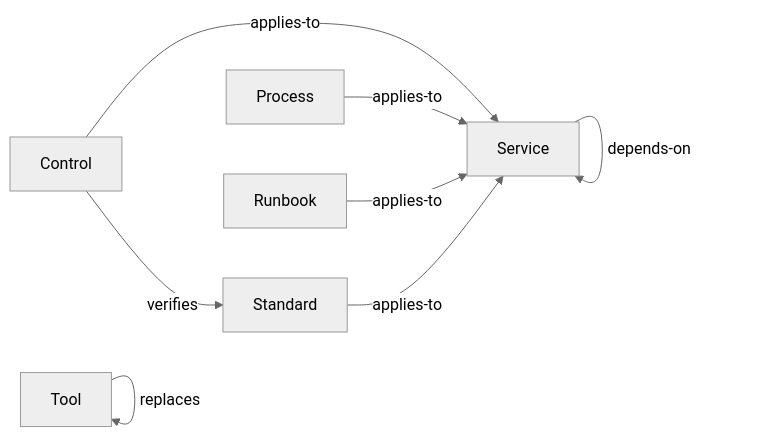
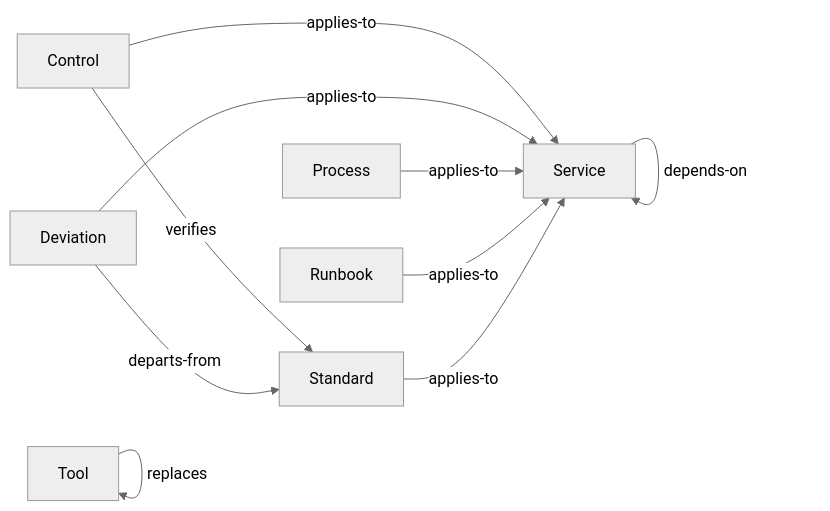
One commit to paul80nd/knowledge-as-code changed the diagram in examples/dog-fooding/knowledge-as-code/taxonomy.md. Above: the diagram before and after it, drawn with Mermaid (neutral theme). The commit also changed other lines of this file and 28 other files, not shown here.

````diff
--- a/examples/dog-fooding/knowledge-as-code/taxonomy.md
+++ b/examples/dog-fooding/knowledge-as-code/taxonomy.md
@@ -82,16 +87,19 @@
 ```mermaid
 graph LR;
   t_controls[Control];
+  t_deviations[Deviation];
   t_processes[Process];
   t_runbooks[Runbook];
   t_services[Service];
   t_standards[Standard];
   t_tools[Tool];
   t_controls -- applies-to --> t_services;
   t_controls -- verifies --> t_standards;
+  t_deviations -- applies-to --> t_services;
+  t_deviations -- departs-from --> t_standards;
   t_processes -- applies-to --> t_services;
   t_runbooks -- applies-to --> t_services;
   t_services -- depends-on --> t_services;
   t_standards -- applies-to --> t_services;
   t_tools -- replaces --> t_tools;
 ```
````
